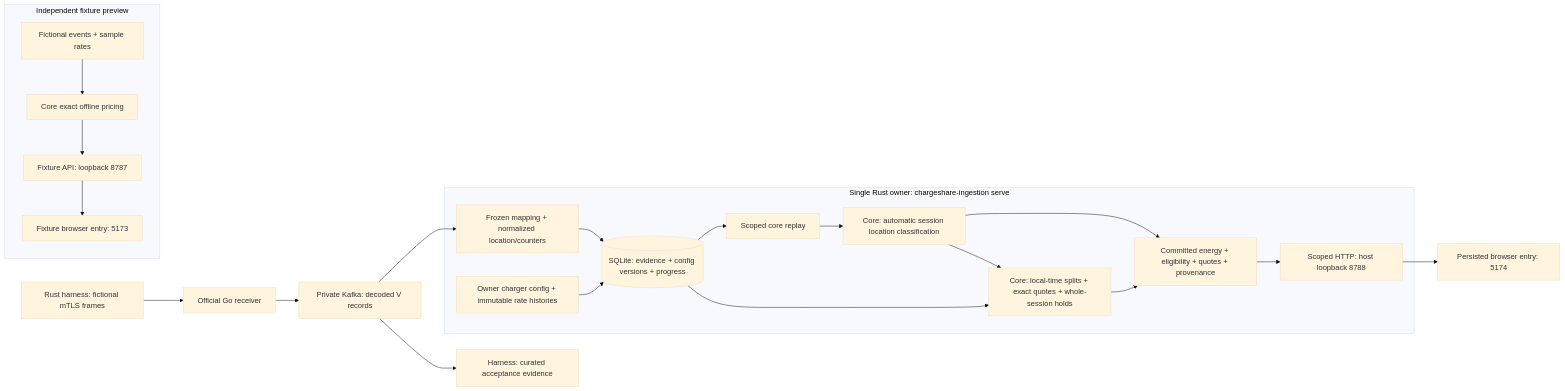
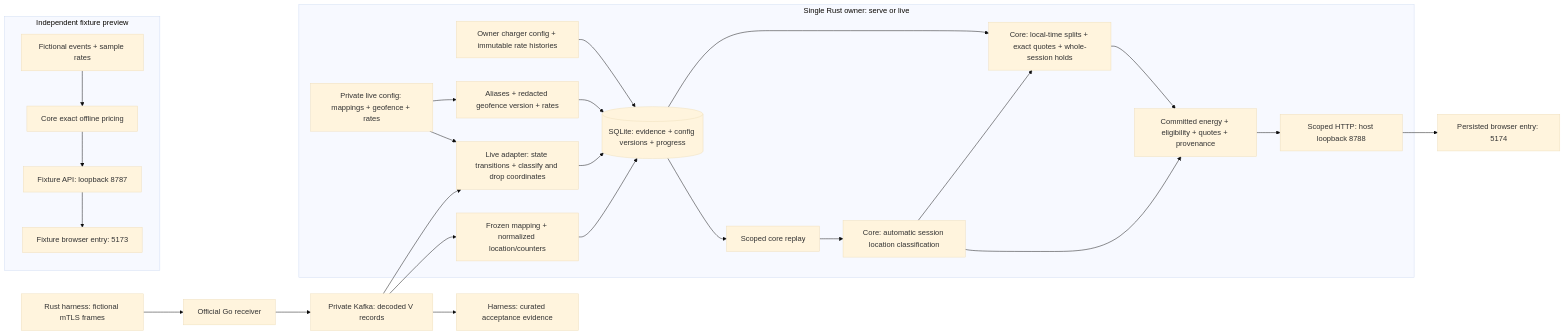
The diagram in docs/architecture.md (jestrada/ChargeShare), drawn with Mermaid (base theme) before and after one commit. The commit also changed other lines of this file and 23 other files, not shown here.

````diff
--- a/docs/architecture.md
+++ b/docs/architecture.md
@@ -31,24 +31,28 @@
 ```mermaid
 flowchart LR
     sender["Rust harness: fictional mTLS frames"] --> receiver["Official Go receiver"]
     receiver --> kafka["Private Kafka: decoded V records"]
     kafka --> normalize
     kafka --> capture["Harness: curated acceptance evidence"]
-    subgraph owner["Single Rust owner: chargeshare-ingestion serve"]
+    kafka --> live
+    private_config["Private live config: mappings + geofence + rates"] --> live
+    subgraph owner["Single Rust owner: serve or live"]
         normalize["Frozen mapping + normalized location/counters"] --> sqlite[("SQLite: evidence + config versions + progress")]
+        live["Live adapter: state transitions + classify and drop coordinates"] --> sqlite
+        private_config --> sanitized_config["Aliases + redacted geofence version + rates"] --> sqlite
         config["Owner charger config + immutable rate histories"] --> sqlite
         sqlite --> replay["Scoped core replay"]
         replay --> classification["Core: automatic session location classification"]
         classification --> results["Committed energy + eligibility + quotes + provenance"]
         classification --> pricing["Core: local-time splits + exact quotes + whole-session holds"]
         sqlite --> pricing
         pricing --> results
         results --> api["Scoped HTTP: host loopback 8788"]
     end
     api --> persisted["Persisted browser entry: 5174"]
     subgraph fixture["Independent fixture preview"]
         demo["Fictional events + sample rates"] --> offline["Core exact offline pricing"]
         offline --> fixture_api["Fixture API: loopback 8787"]
         fixture_api --> fixture_ui["Fixture browser entry: 5173"]
     end
 ```
````
